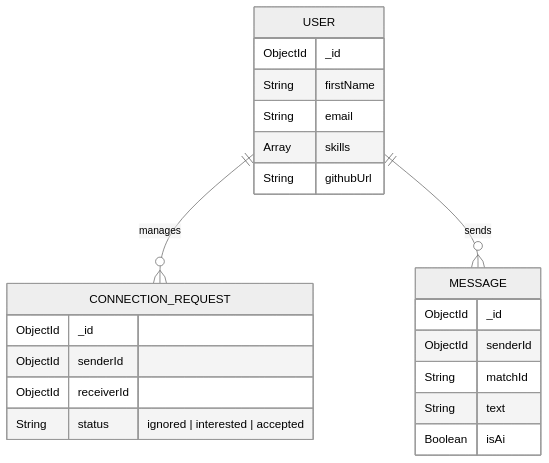
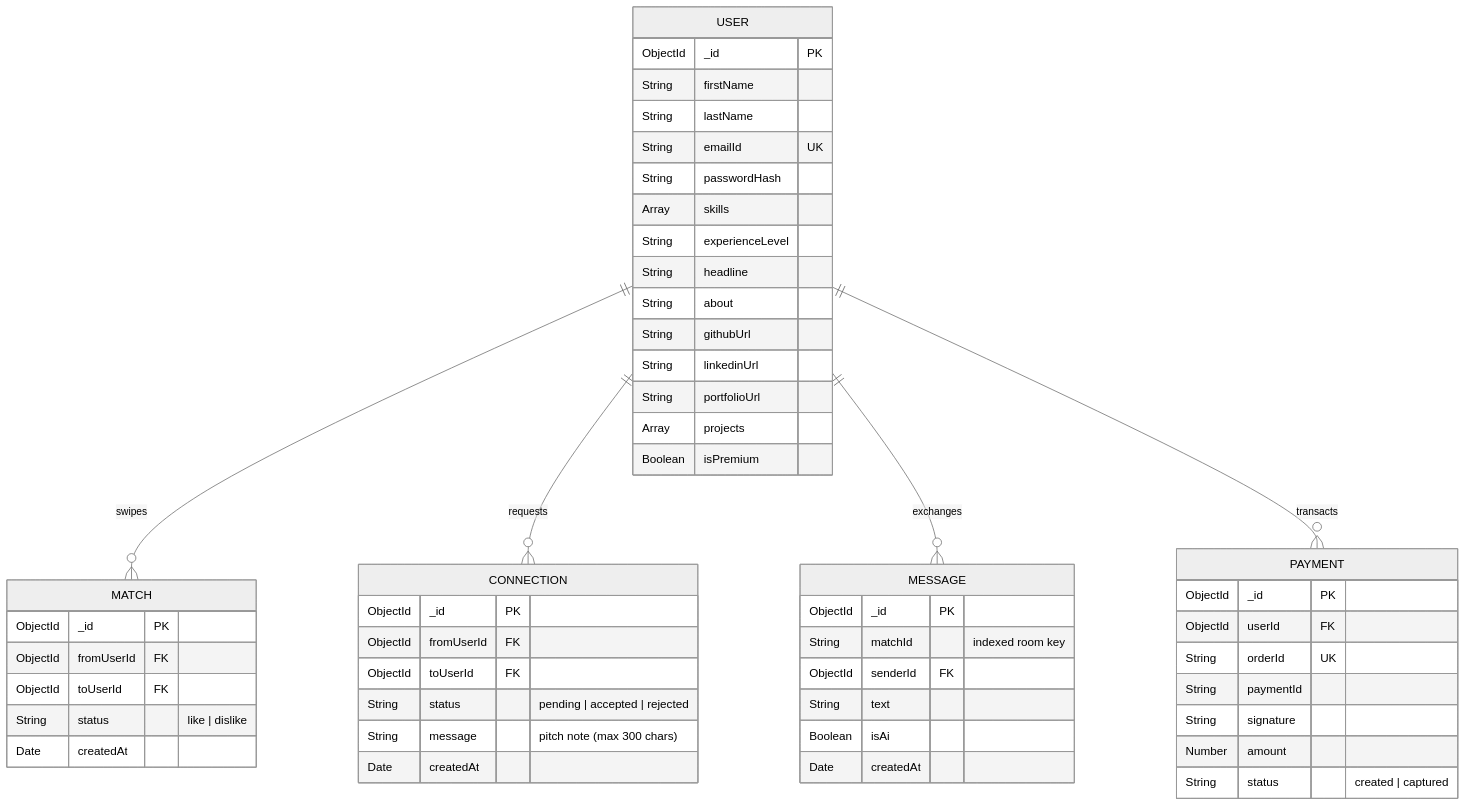
Before and after one commit to ani1911/SkillSync: the second of 2 diagrams in README.md, drawn with Mermaid (neutral theme). The commit also changed other lines of this file, not shown here.

Commit message:
docs: update README with comprehensive system architecture, AI integration, and AWS deployment details

````diff
--- a/README.md
+++ b/README.md
@@ -61,28 +94,60 @@
 ```mermaid
 erDiagram
-    USER ||--o{ CONNECTION_REQUEST : manages
-    USER ||--o{ MESSAGE : sends
+    USER ||--o{ MATCH : swipes
+    USER ||--o{ CONNECTION : requests
+    USER ||--o{ MESSAGE : exchanges
+    USER ||--o{ PAYMENT : transacts
     
     USER {
-        ObjectId _id
+        ObjectId _id PK
         String firstName
-        String email
+        String lastName
+        String emailId UK
+        String passwordHash
         Array skills
+        String experienceLevel
+        String headline
+        String about
         String githubUrl
+        String linkedinUrl
+        String portfolioUrl
+        Array projects
+        Boolean isPremium
     }
     
-    CONNECTION_REQUEST {
-        ObjectId _id
-        ObjectId senderId
-        ObjectId receiverId
-        String status "ignored | interested | accepted"
+    MATCH {
+        ObjectId _id PK
+        ObjectId fromUserId FK
+        ObjectId toUserId FK
+        String status "like | dislike"
+        Date createdAt
+    }
+    
+    CONNECTION {
+        ObjectId _id PK
+        ObjectId fromUserId FK
+        ObjectId toUserId FK
+        String status "pending | accepted | rejected"
+        String message "pitch note (max 300 chars)"
+        Date createdAt
     }
     
     MESSAGE {
-        ObjectId _id
-        ObjectId senderId
-        String matchId
+        ObjectId _id PK
+        String matchId "indexed room key"
+        ObjectId senderId FK
         String text
         Boolean isAi
+        Date createdAt
+    }
+    
+    PAYMENT {
+        ObjectId _id PK
+        ObjectId userId FK
+        String orderId UK
+        String paymentId
+        String signature
+        Number amount
+        String status "created | captured"
     }
 ```
````
